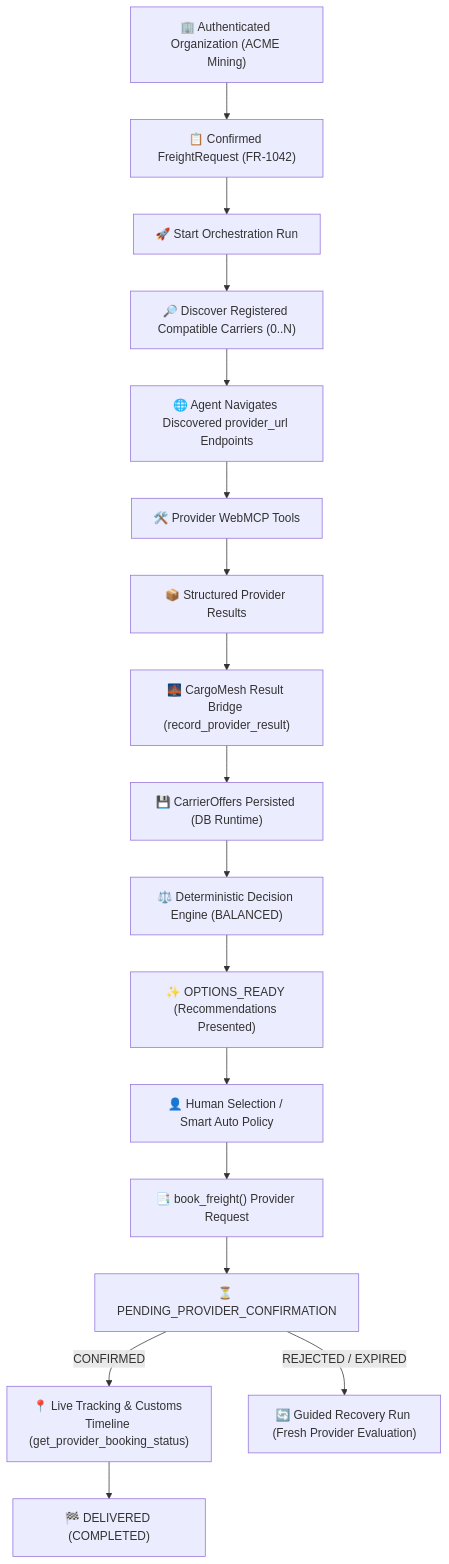
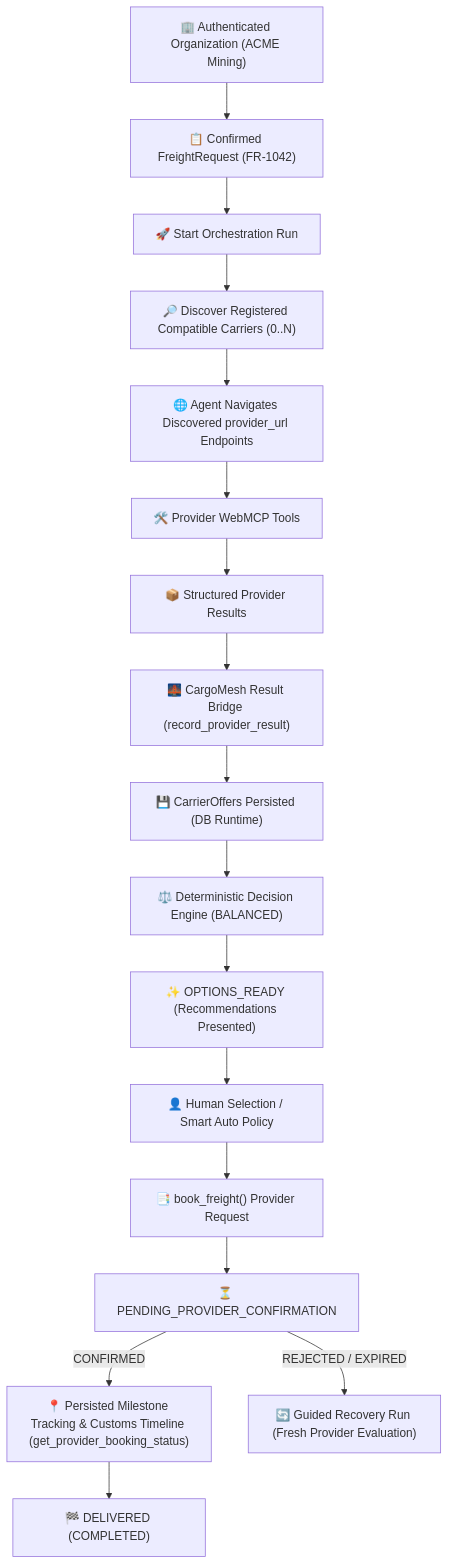
One commit to Chujutak2024/cargomesh changed the first of 2 diagrams in README.md. Above: the diagram before and after it, drawn with Mermaid. The commit also changed other lines of this file and 7 other files, not shown here.

````diff
--- a/README.md
+++ b/README.md
@@ -113,19 +120,19 @@
 ```mermaid
 graph TD
     A["🏢 Authenticated Organization (ACME Mining)"] --> B["📋 Confirmed FreightRequest (FR-1042)"]
     B --> C["🚀 Start Orchestration Run"]
     C --> D["🔎 Discover Registered Compatible Carriers (0..N)"]
     D --> E["🌐 Agent Navigates Discovered provider_url Endpoints"]
     E --> F["🛠️ Provider WebMCP Tools"]
     F --> G["📦 Structured Provider Results"]
     G --> H["🌉 CargoMesh Result Bridge (record_provider_result)"]
     H --> I["💾 CarrierOffers Persisted (DB Runtime)"]
     I --> J["⚖️ Deterministic Decision Engine (BALANCED)"]
     J --> K["✨ OPTIONS_READY (Recommendations Presented)"]
     K --> L["👤 Human Selection / Smart Auto Policy"]
     L --> M["📑 book_freight() Provider Request"]
     M --> N["⏳ PENDING_PROVIDER_CONFIRMATION"]
-    N -->|CONFIRMED| O["📍 Live Tracking & Customs Timeline (get_provider_booking_status)"]
+    N -->|CONFIRMED| O["📍 Persisted Milestone Tracking & Customs Timeline (get_provider_booking_status)"]
     N -->|REJECTED / EXPIRED| P["🔄 Guided Recovery Run (Fresh Provider Evaluation)"]
     O --> Q["🏁 DELIVERED (COMPLETED)"]
 ```
````
